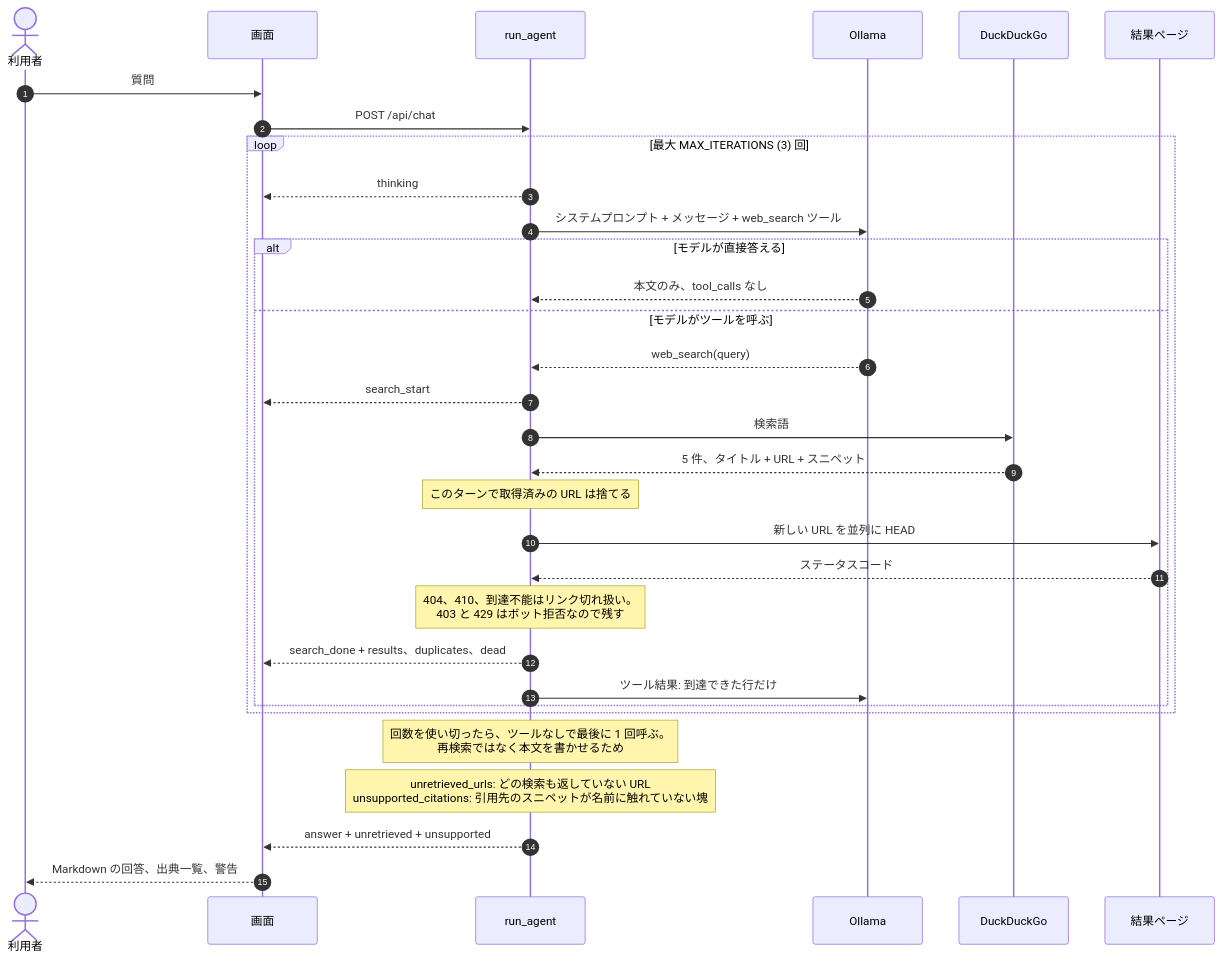
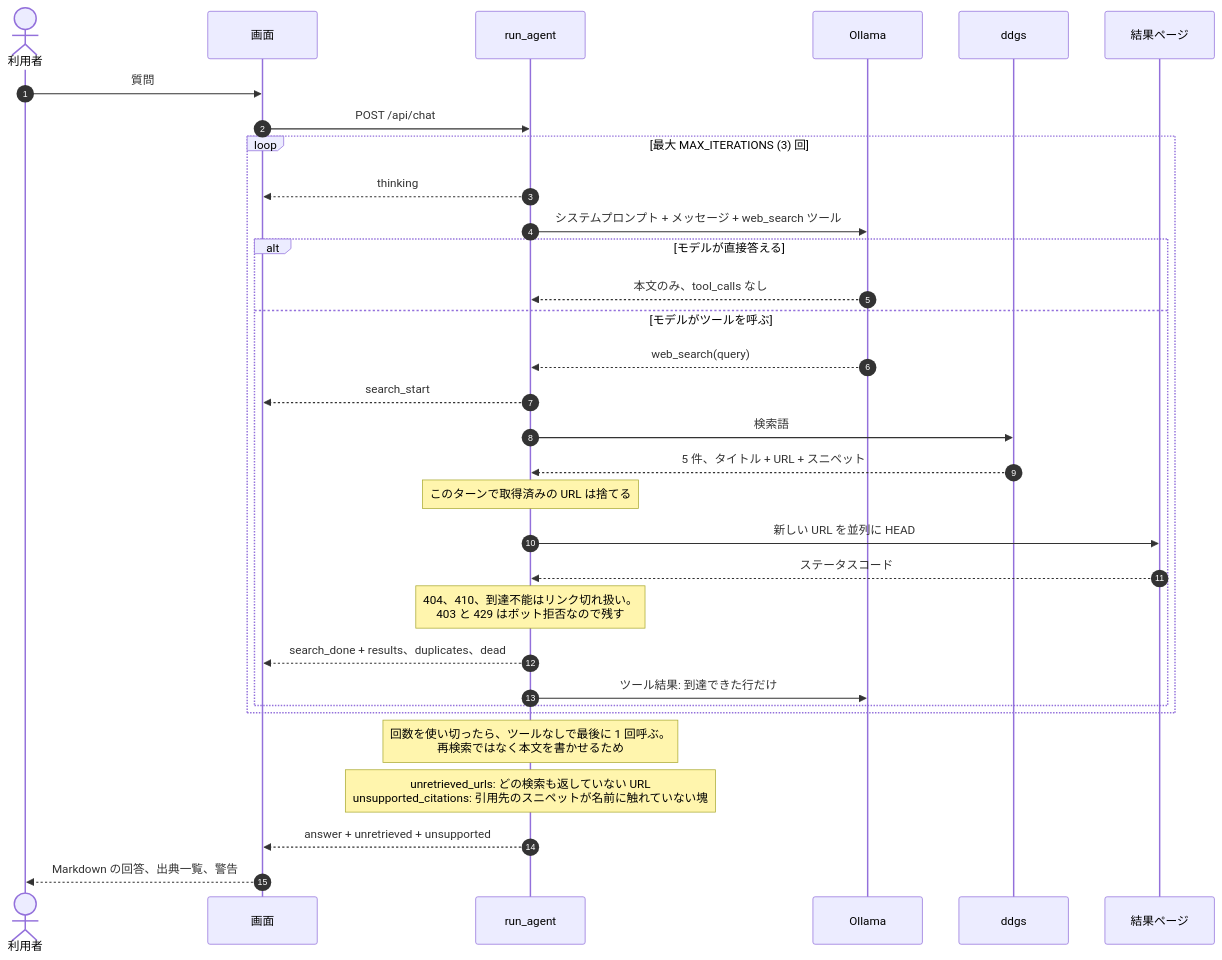
The fourth of 4 diagrams in ARCHITECTURE.md (leopaul29/local-ai-agent-search), drawn with Mermaid before and after one commit. The commit also changed other lines of this file and 10 other files, not shown here.

````diff
--- a/ARCHITECTURE.md
+++ b/ARCHITECTURE.md
@@ -139,37 +136,37 @@
 ```mermaid
 sequenceDiagram
     autonumber
     actor U as 利用者
     participant P as 画面
     participant A as run_agent
     participant M as Ollama
-    participant D as DuckDuckGo
+    participant D as ddgs
     participant W as 結果ページ
 
     U->>P: 質問
     P->>A: POST /api/chat
 
     loop 最大 MAX_ITERATIONS (3) 回
         A-->>P: thinking
         A->>M: システムプロンプト + メッセージ + web_search ツール
         alt モデルが直接答える
             M-->>A: 本文のみ、tool_calls なし
         else モデルがツールを呼ぶ
             M-->>A: web_search(query)
             A-->>P: search_start
             A->>D: 検索語
             D-->>A: 5 件、タイトル + URL + スニペット
             Note over A: このターンで取得済みの URL は捨てる
             A->>W: 新しい URL を並列に HEAD
             W-->>A: ステータスコード
             Note over A: 404、410、到達不能はリンク切れ扱い。<br/>403 と 429 はボット拒否なので残す
             A-->>P: search_done + results、duplicates、dead
             A->>M: ツール結果: 到達できた行だけ
         end
     end
 
     Note over A: 回数を使い切ったら、ツールなしで最後に 1 回呼ぶ。<br/>再検索ではなく本文を書かせるため
     Note over A: unretrieved_urls: どの検索も返していない URL<br/>unsupported_citations: 引用先のスニペットが名前に触れていない塊
     A-->>P: answer + unretrieved + unsupported
     P-->>U: Markdown の回答、出典一覧、警告
 ```
````
